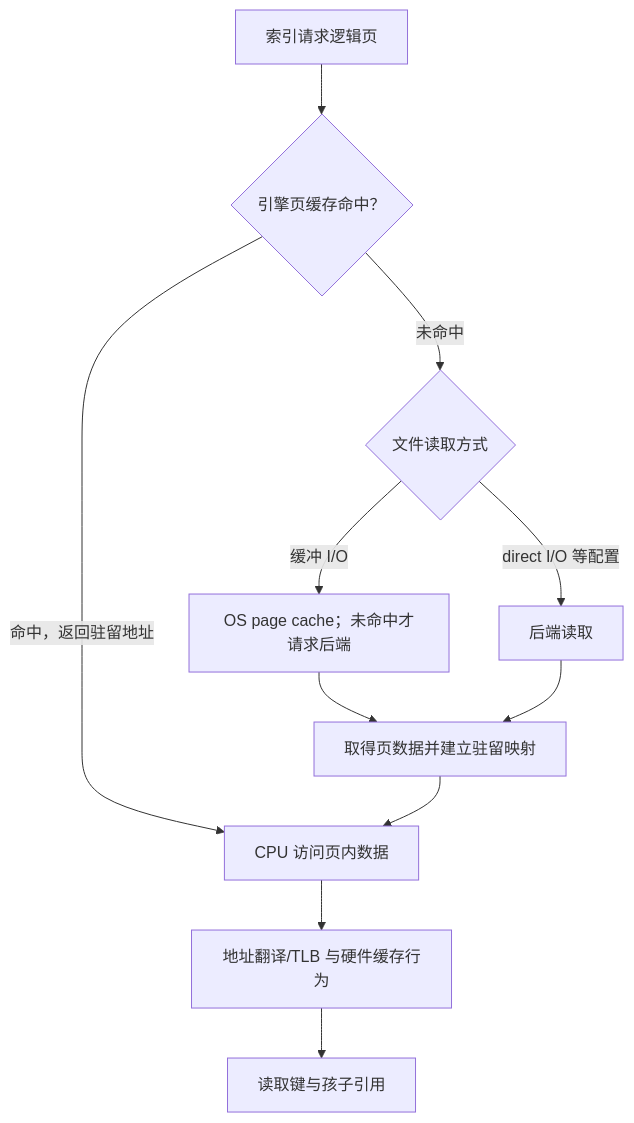
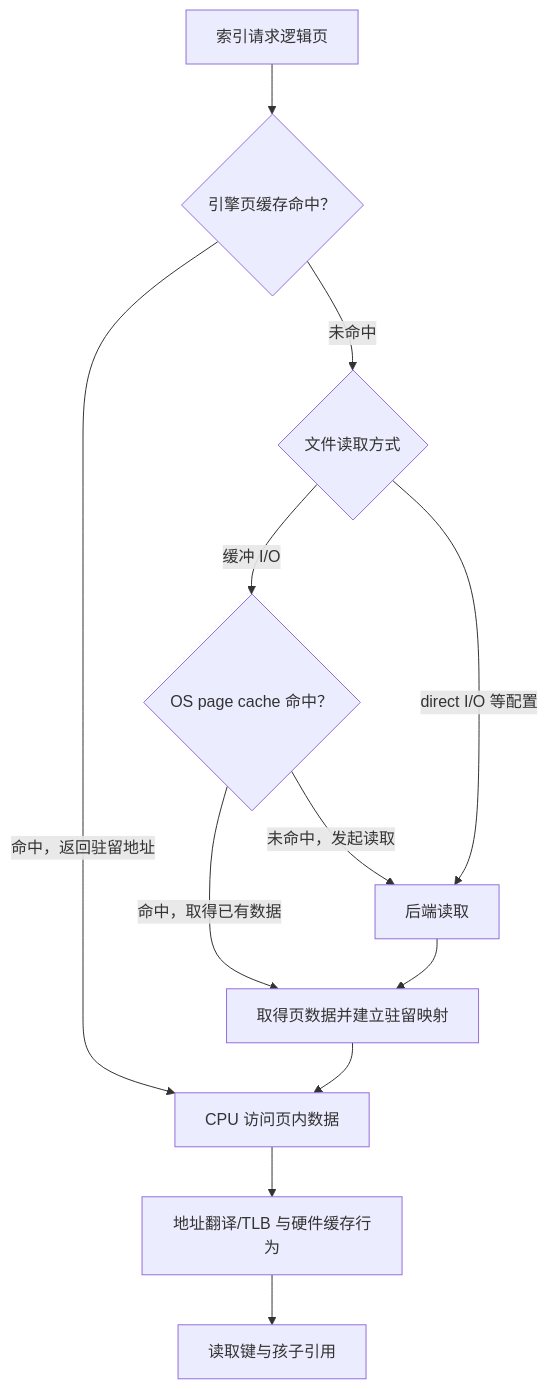
One commit to FormingSystem/linux_note changed the ninth of 24 diagrams in knowledge/linux/data_structures/红黑树_rb-tree/P34_从多路节点到页级索引.md. Above: the diagram before and after it, drawn with Mermaid. The commit also changed other lines of this file and 8 other files, not shown here.

````diff
--- a/knowledge/linux/data_structures/红黑树_rb-tree/P34_从多路节点到页级索引.md
+++ b/knowledge/linux/data_structures/红黑树_rb-tree/P34_从多路节点到页级索引.md
@@ -380,13 +372,14 @@
 ```mermaid
 flowchart TD
     request["索引请求逻辑页"] --> hit{"引擎页缓存命中？"}
     hit -- "命中，返回驻留地址" --> memory["CPU 访问页内数据"]
     hit -- "未命中" --> mode{"文件读取方式"}
-    mode -- "缓冲 I/O" --> os["OS page cache；未命中才请求后端"]
+    mode -- "缓冲 I/O" --> os{"OS page cache 命中？"}
     mode -- "direct I/O 等配置" --> device["后端读取"]
-    os --> fill["取得页数据并建立驻留映射"]
+    os -- "命中，取得已有数据" --> fill["取得页数据并建立驻留映射"]
+    os -- "未命中，发起读取" --> device
     device --> fill
     fill --> memory
     memory --> translation["地址翻译/TLB 与硬件缓存行为"]
     translation --> result["读取键与孩子引用"]
 ```
````
